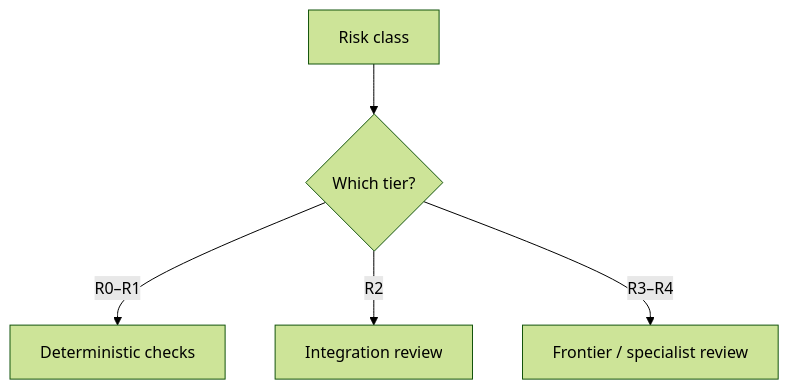
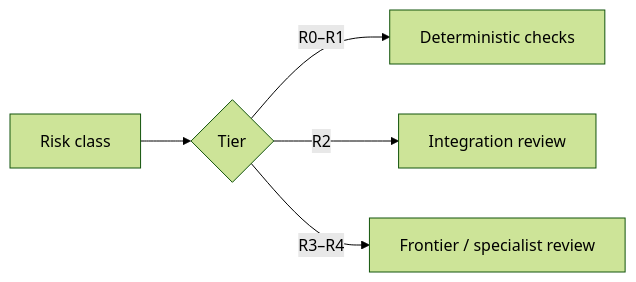
The second of 2 diagrams in docs/CUSTOMIZATION.md (Strataward/durable-threads), drawn with Mermaid (forest theme) before and after one commit. The commit also changed other lines of this file and 13 other files, not shown here.

````diff
--- a/docs/CUSTOMIZATION.md
+++ b/docs/CUSTOMIZATION.md
@@ -89,7 +76,7 @@
 ```mermaid
-flowchart TB
-    R["Risk class"] --> G{"Which tier?"}
+flowchart LR
+    R["Risk class"] --> G{"Tier"}
     G -->|"R0–R1"| D["Deterministic checks"]
     G -->|"R2"| I["Integration review"]
     G -->|"R3–R4"| F["Frontier / specialist review"]
 ```
````
